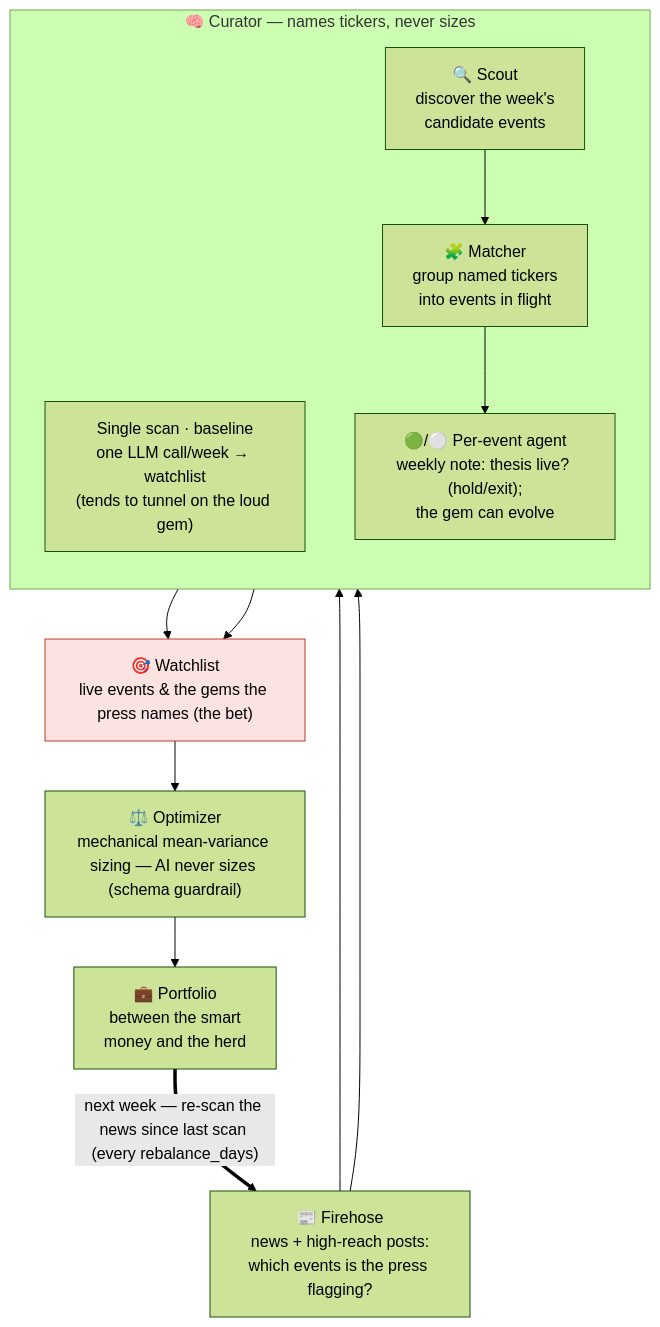
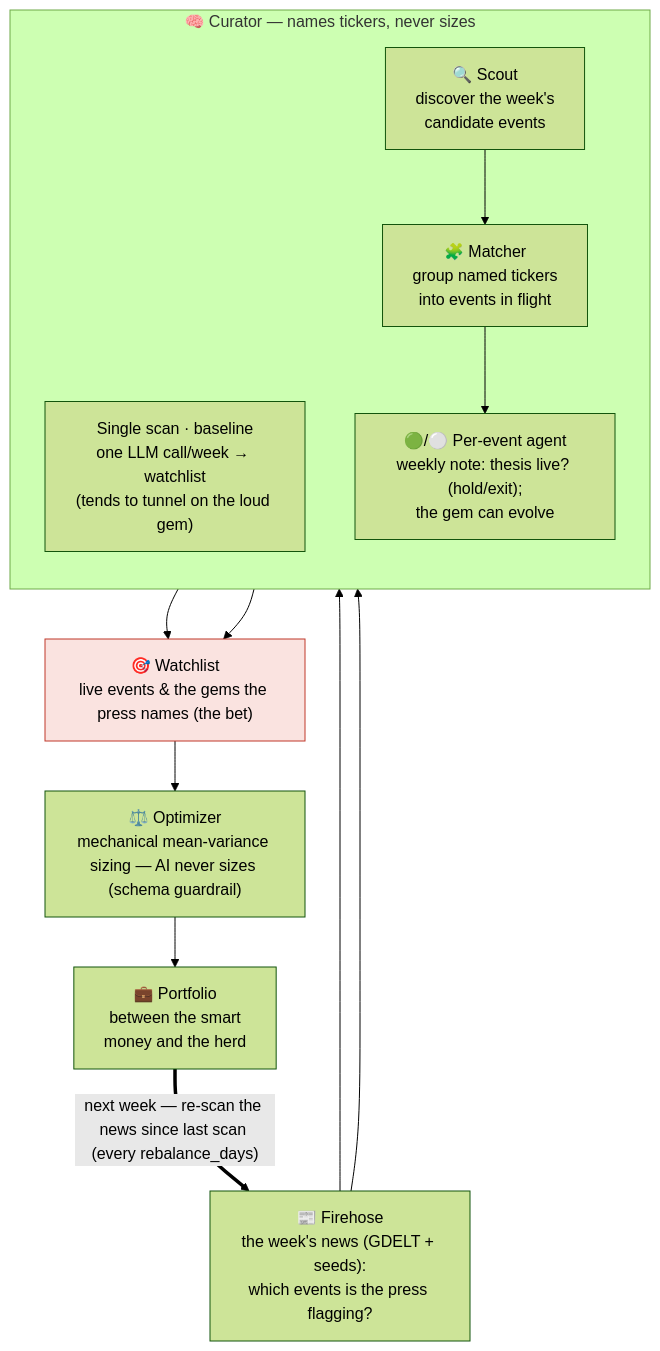
One commit to joehahn/geo-herd-rider changed the diagram in README.md. Above: the diagram before and after it, drawn with Mermaid (forest theme). The commit also changed other lines of this file, not shown here.

First line of the commit message:
README: consistency pass — diagram input, model bake-off, current sizing knobs

````diff
--- a/README.md
+++ b/README.md
@@ -18,27 +18,27 @@
 ```mermaid
 flowchart TD
-    S["📰 Firehose<br/>news + high-reach posts:<br/>which events is the press flagging?"]
+    S["📰 Firehose<br/>the week's news (GDELT + seeds):<br/>which events is the press flagging?"]
 
     subgraph CUR["🧠 Curator — names tickers, never sizes"]
       direction TB
       SS["Single scan · baseline<br/>one LLM call/week → watchlist<br/>(tends to tunnel on the loud gem)"]
       SC["🔍 Scout<br/>discover the week's<br/>candidate events"]
       MA["🧩 Matcher<br/>group named tickers<br/>into events in flight"]
       AG["🟢/⚪ Per-event agent<br/>weekly note: thesis live? (hold/exit);<br/>the gem can evolve"]
       SC --> MA --> AG
     end
 
     E["🎯 Watchlist<br/>live events & the gems the press names (the bet)"]
     W["⚖️ Optimizer<br/>mechanical mean-variance sizing — AI never sizes (schema guardrail)"]
     B["💼 Portfolio<br/>between the smart<br/>money and the herd"]
 
     S --> SS
     S --> SC
     SS --> E
     AG --> E
     E --> W --> B
     B == "next week — re-scan the news since last scan (every rebalance_days)" ==> S
 
     classDef bet fill:#fae3e0,stroke:#c0392b;
     class E bet
 ```
````
